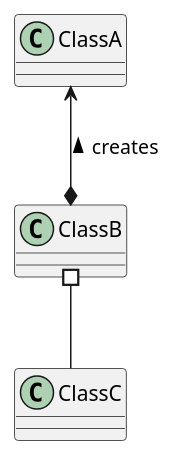
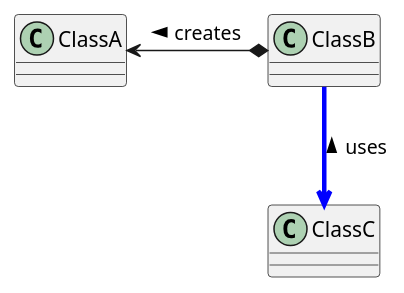
Before and after one commit to yiwaki/rel-reverser: the diagram in puml/sample.puml, drawn with PlantUML.

Commit message:
modified:   puml/sample.puml

```diff
--- a/puml/sample.puml
+++ b/puml/sample.puml
@@ -1,7 +1,7 @@
 @startuml sample
 skinparam classAttributeIconSize 0
 
-ClassA <--* ClassB: < creates
-ClassB #-- ClassC
+ClassA <-right-* ClassB: < creates
+ClassB -[#blue,thickness=3]-> ClassC: < uses
 
 @enduml
```
